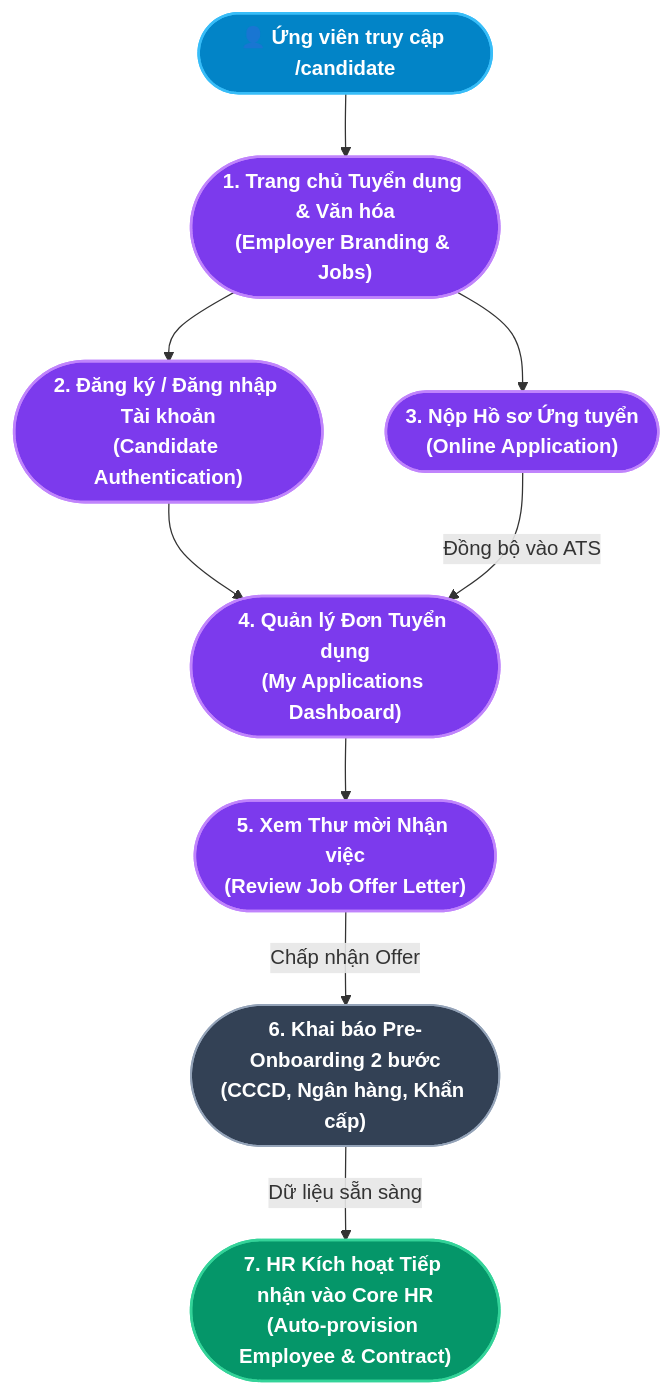
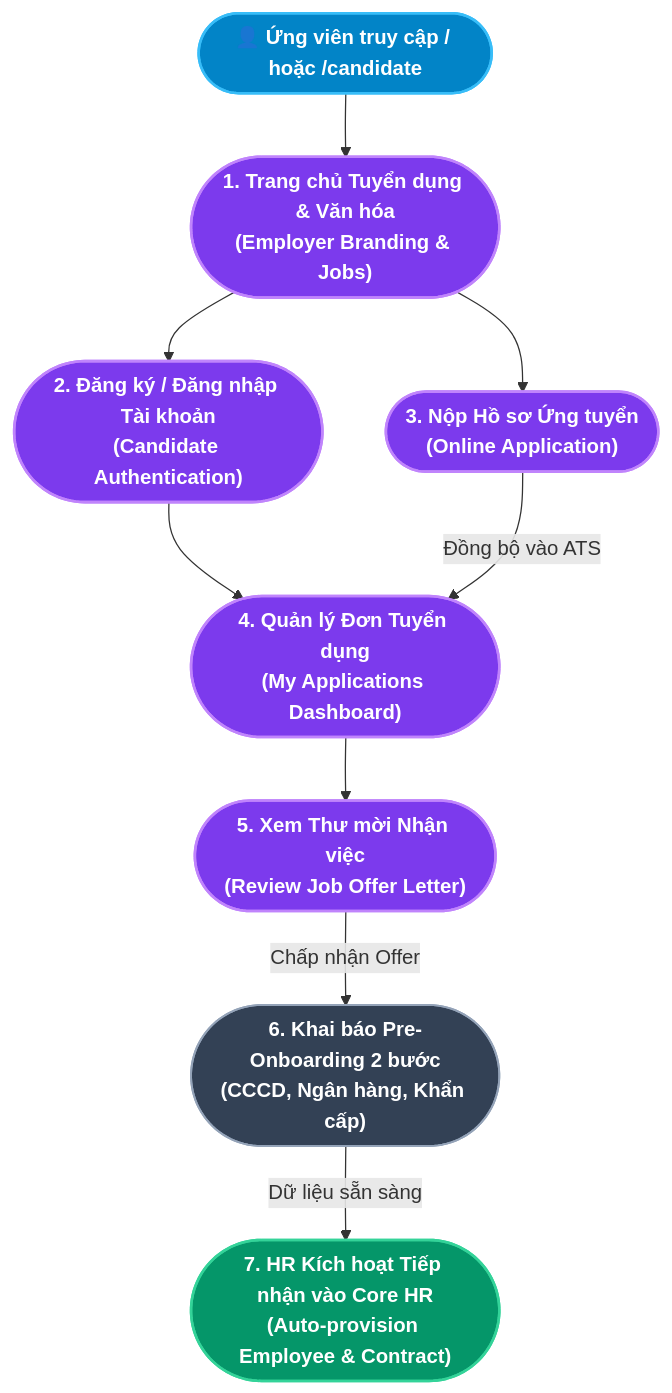
One commit to aye2710/HRM-DATN changed the diagram in docs/Tài liệu phân tích nghiệp vụ từng module/Module Cổng Tuyển dụng Ứng viên/Module Cổng Tuyển dụng Ứng viên.md. Above: the diagram before and after it, drawn with Mermaid. The commit also changed other lines of this file and 9 other files, not shown here.

````diff
--- a/docs/Tài liệu phân tích nghiệp vụ từng module/Module Cổng Tuyển dụng Ứng viên/Module Cổng Tuyển dụng Ứng viên.md
+++ b/docs/Tài liệu phân tích nghiệp vụ từng module/Module Cổng Tuyển dụng Ứng viên/Module Cổng Tuyển dụng Ứng viên.md
@@ -20,26 +20,26 @@
 ```mermaid
 flowchart TD
     classDef landing fill:#0284c7,stroke:#38bdf8,stroke-width:2px,color:#ffffff,font-weight:bold;
     classDef section fill:#7c3aed,stroke:#c084fc,stroke-width:2px,color:#ffffff,font-weight:bold;
     classDef action fill:#334155,stroke:#94a3b8,stroke-width:1.5px,color:#ffffff,font-weight:bold;
     classDef result fill:#059669,stroke:#34d399,stroke-width:2px,color:#ffffff,font-weight:bold;
 
-    UV(["👤 Ứng viên truy cập /candidate"]):::landing
+    UV(["👤 Ứng viên truy cập / hoặc /candidate"]):::landing
 
     S1(["1. Trang chủ Tuyển dụng & Văn hóa\n(Employer Branding & Jobs)"]):::section
     S2(["2. Đăng ký / Đăng nhập Tài khoản\n(Candidate Authentication)"]):::section
     S3(["3. Nộp Hồ sơ Ứng tuyển\n(Online Application)"]):::section
     S4(["4. Quản lý Đơn Tuyển dụng\n(My Applications Dashboard)"]):::section
     S5(["5. Xem Thư mời Nhận việc\n(Review Job Offer Letter)"]):::section
     S6(["6. Khai báo Pre-Onboarding 2 bước\n(CCCD, Ngân hàng, Khẩn cấp)"]):::action
     S7(["7. HR Kích hoạt Tiếp nhận vào Core HR\n(Auto-provision Employee & Contract)"]):::result
 
     UV --> S1
     S1 --> S2
     S1 --> S3
     S2 --> S4
     S3 -->|Đồng bộ vào ATS| S4
     S4 --> S5
     S5 -->|Chấp nhận Offer| S6
     S6 -->|Dữ liệu sẵn sàng| S7
 ```
````
